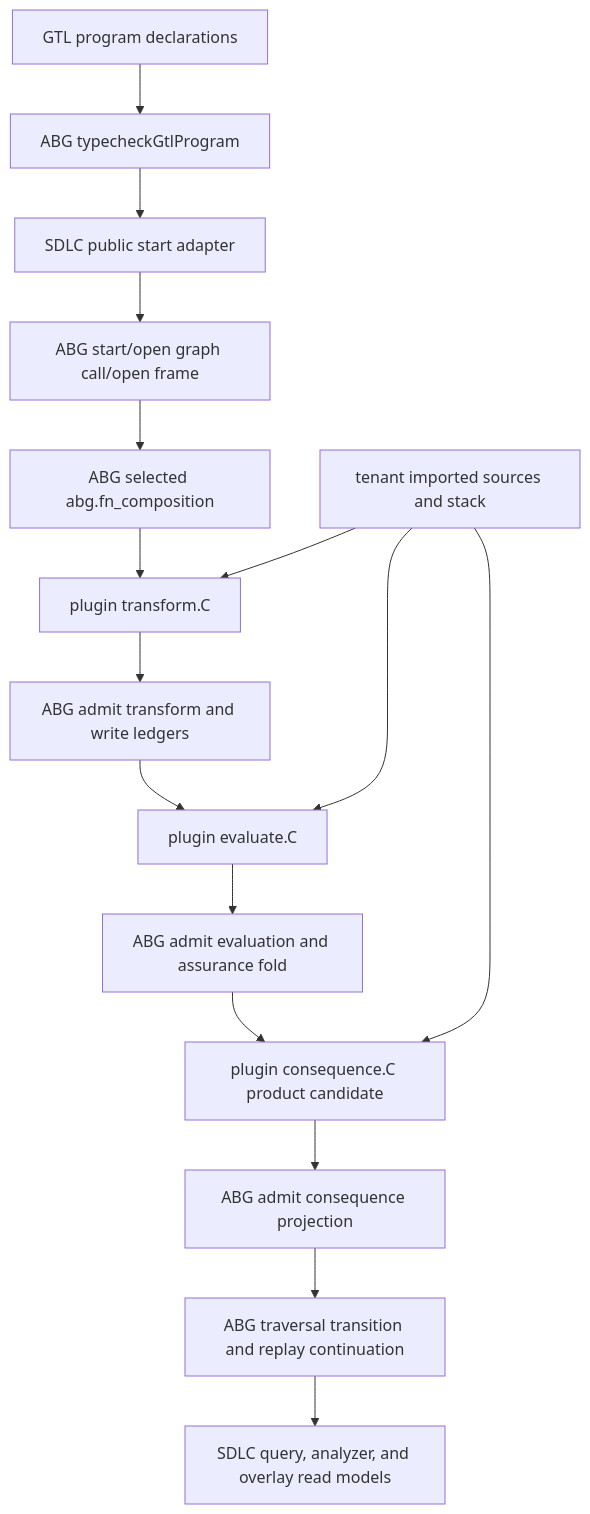
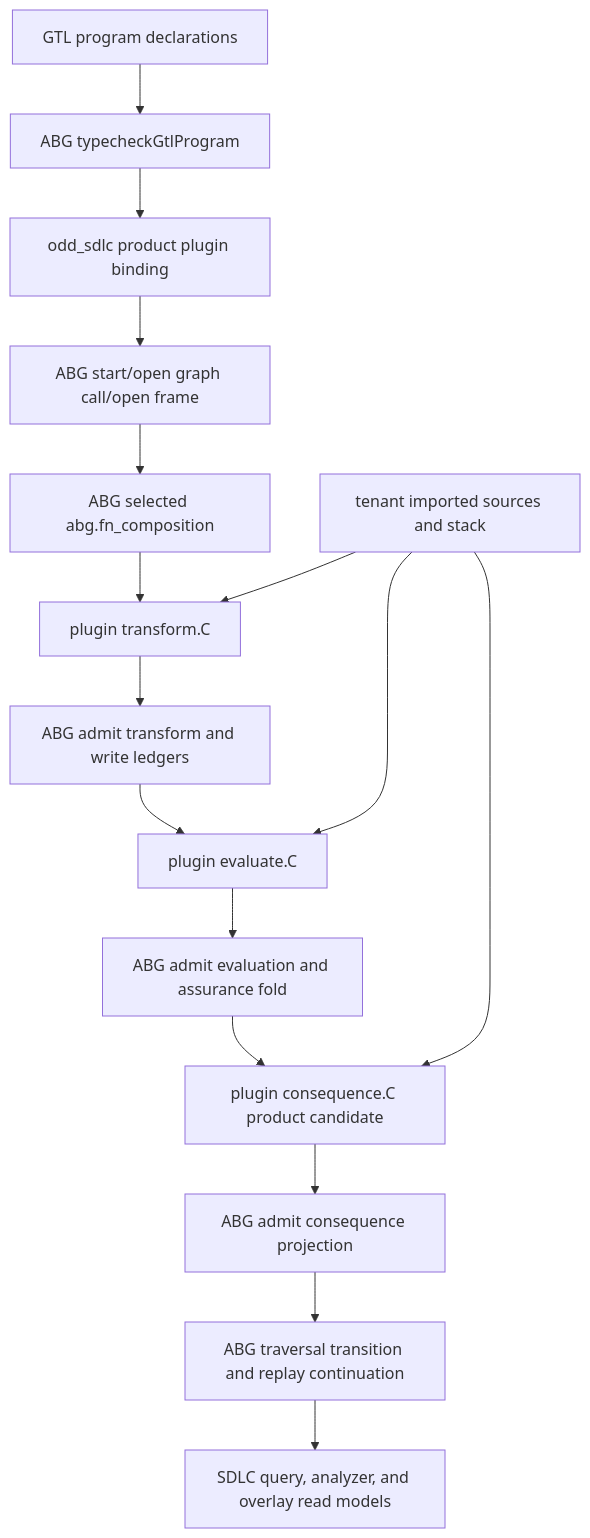
The second of 5 diagrams in build_tenants/typescript/design/ODD_SDLC_TYPESCRIPT_STAGED_COMPUTE_BOUNDARY.md (foolishimp/odd_sdlc), drawn with Mermaid before and after one commit. The commit also changed other lines of this file and 17 other files, not shown here.

Commit message:
Decommission odd_sdlc command surface

````diff
--- a/build_tenants/typescript/design/ODD_SDLC_TYPESCRIPT_STAGED_COMPUTE_BOUNDARY.md
+++ b/build_tenants/typescript/design/ODD_SDLC_TYPESCRIPT_STAGED_COMPUTE_BOUNDARY.md
@@ -264,19 +264,19 @@
 ```mermaid
 flowchart TD
   GTL["GTL program declarations"] --> GATE["ABG typecheckGtlProgram"]
-  GATE --> START["SDLC public start adapter"]
+  GATE --> START["odd_sdlc product plugin binding"]
   START --> ABG0["ABG start/open graph call/open frame"]
   ABG0 --> SEL["ABG selected abg.fn_composition"]
   SEL --> T["plugin transform.C"]
   T --> ADMIT_T["ABG admit transform and write ledgers"]
   ADMIT_T --> E["plugin evaluate.C"]
   E --> ADMIT_E["ABG admit evaluation and assurance fold"]
   ADMIT_E --> C["plugin consequence.C product candidate"]
   C --> ADMIT_C["ABG admit consequence projection"]
   ADMIT_C --> NEXT["ABG traversal transition and replay continuation"]
   NEXT --> READ["SDLC query, analyzer, and overlay read models"]
 
   IMP["tenant imported sources and stack"] --> T
   IMP --> E
   IMP --> C
 ```
````
